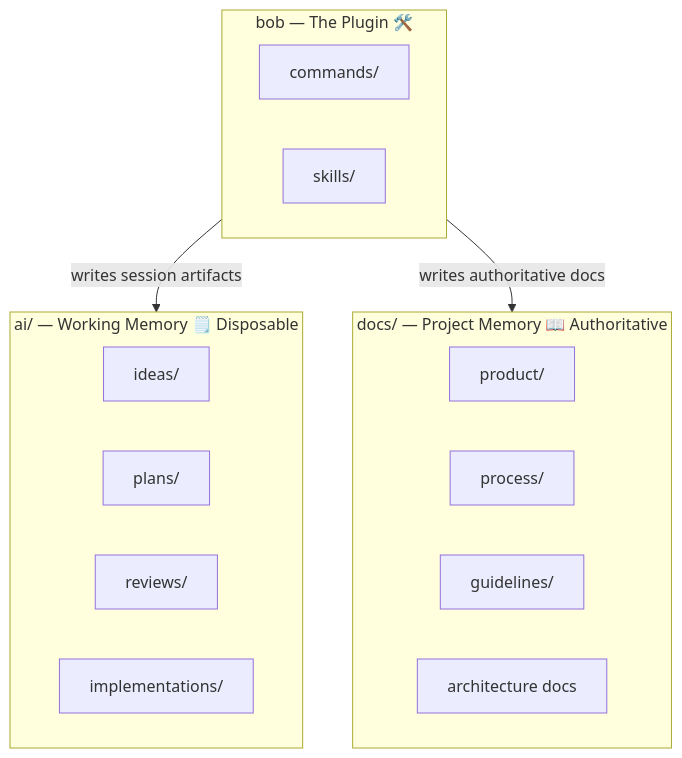
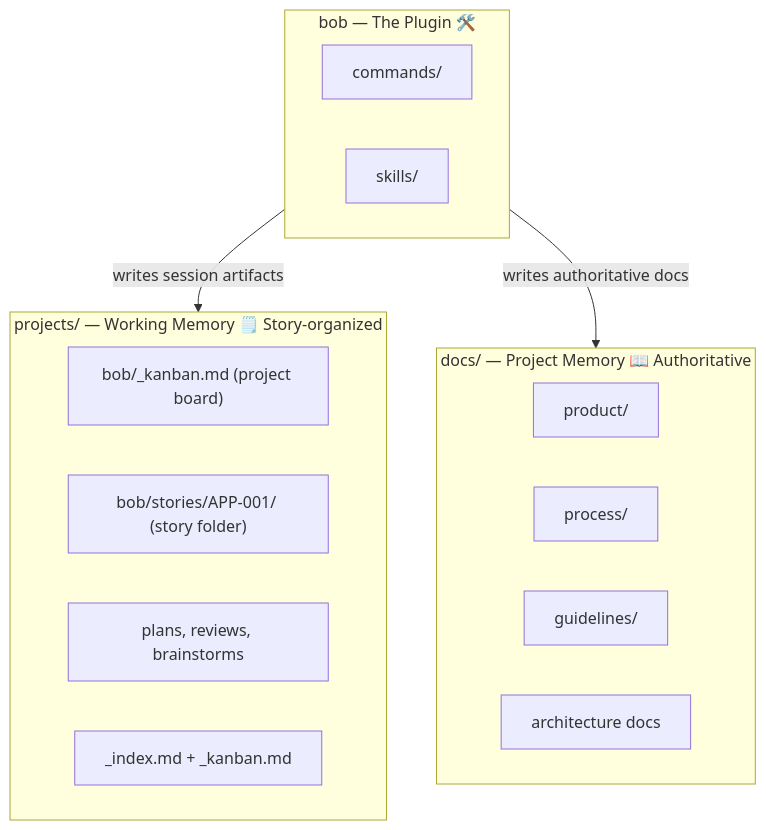
Before and after one commit to bofrese/bob: the second of 5 diagrams in docs/user-guide.md, drawn with Mermaid. The commit also changed other lines of this file and 25 other files, not shown here.

````diff
--- a/docs/user-guide.md
+++ b/docs/user-guide.md
@@ -97,21 +97,21 @@
 ```mermaid
 flowchart TD
     subgraph Toolkit["bob — The Plugin 🛠️"]
         CMD["commands/"]
         SKL["skills/"]
     end
     Toolkit -->|"writes session artifacts"| Working
     Toolkit -->|"writes authoritative docs"| Permanent
-    subgraph Working["ai/ — Working Memory 🗒️ Disposable"]
-        W1["ideas/"]
-        W2["plans/"]
-        W3["reviews/"]
-        W4["implementations/"]
+    subgraph Working["projects/ — Working Memory 🗒️ Story-organized"]
+        W1["bob/_kanban.md (project board)"]
+        W2["bob/stories/APP-001/ (story folder)"]
+        W3["  plans, reviews, brainstorms"]
+        W4["  _index.md + _kanban.md"]
     end
     subgraph Permanent["docs/ — Project Memory 📖 Authoritative"]
         P1["product/"]
         P2["process/"]
         P3["guidelines/"]
         P4["architecture docs"]
     end
 ```
````
